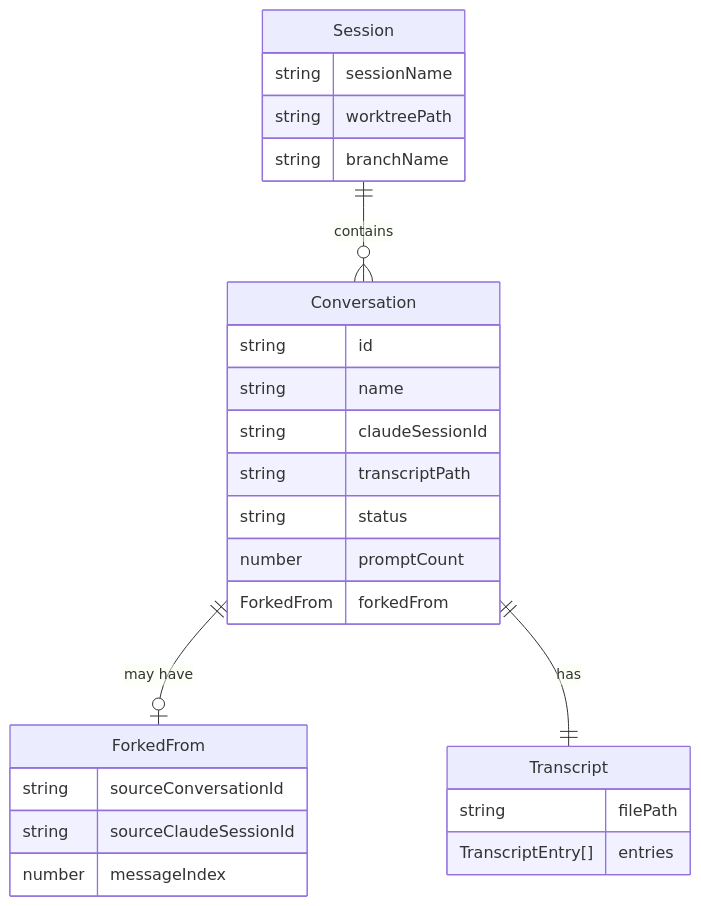
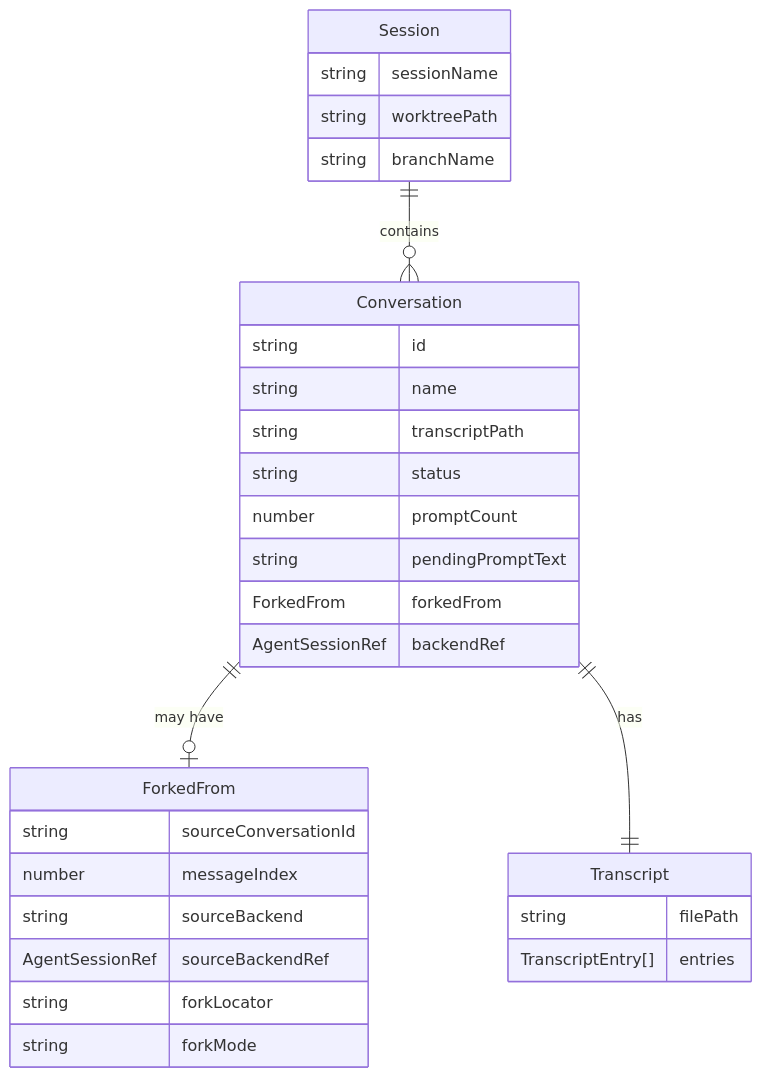
One commit to amhuppert/remote-ai-manager changed the third of 3 diagrams in .kiro/specs/conversation-forking/design.md. Above: the diagram before and after it, drawn with Mermaid. The commit also changed other lines of this file and 58 other files, not shown here.

````diff
--- a/.kiro/specs/conversation-forking/design.md
+++ b/.kiro/specs/conversation-forking/design.md
@@ -509,33 +434,37 @@
 ```mermaid
 erDiagram
     Session ||--o{ Conversation : contains
     Conversation ||--o| ForkedFrom : "may have"
     Conversation ||--|| Transcript : "has"
 
     Session {
         string sessionName
         string worktreePath
         string branchName
     }
 
     Conversation {
         string id
         string name
-        string claudeSessionId
         string transcriptPath
         string status
         number promptCount
+        string pendingPromptText
         ForkedFrom forkedFrom
+        AgentSessionRef backendRef
     }
 
     ForkedFrom {
         string sourceConversationId
-        string sourceClaudeSessionId
         number messageIndex
+        string sourceBackend
+        AgentSessionRef sourceBackendRef
+        string forkLocator
+        string forkMode
     }
 
     Transcript {
         string filePath
         TranscriptEntry[] entries
     }
 ```
````
